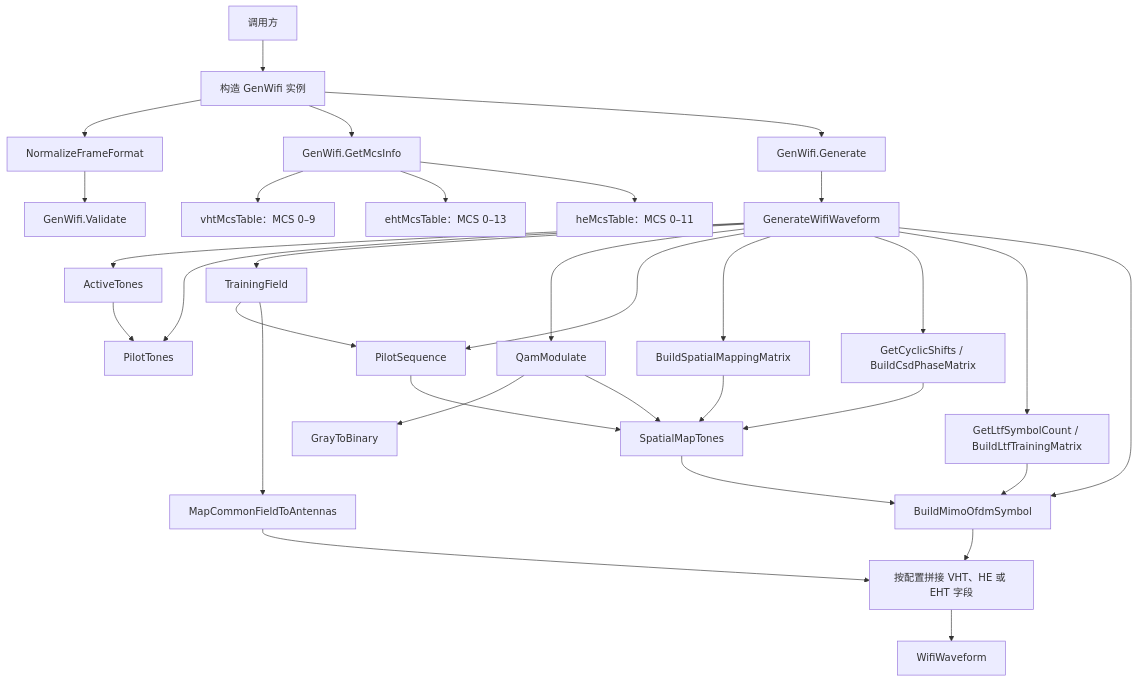
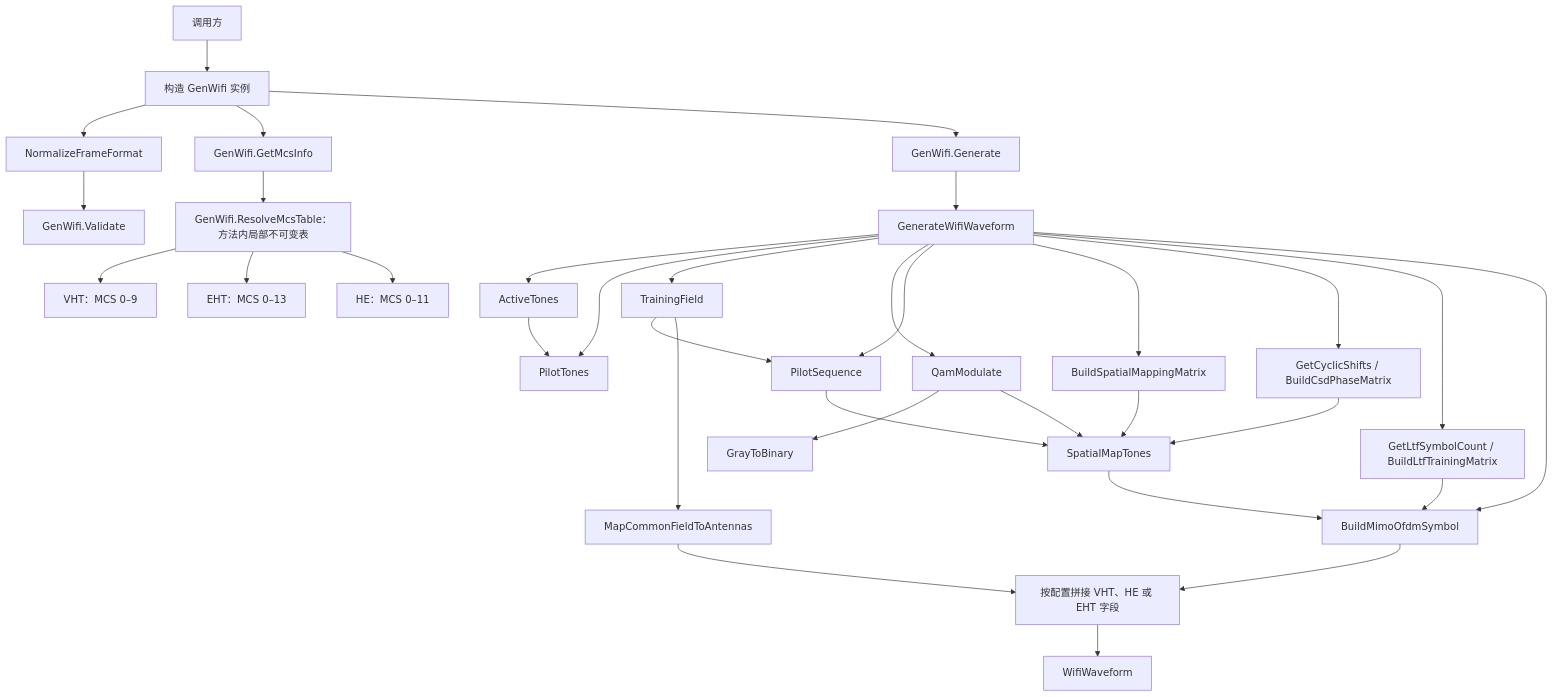
Before and after one commit to niyilu45/DPD_ILC: the second of 9 diagrams in README.md, drawn with Mermaid. The commit also changed other lines of this file and 15 other files, not shown here.

````diff
--- a/README.md
+++ b/README.md
@@ -118,36 +114,37 @@
 ```mermaid
 flowchart TD
     caller["调用方"] --> config["构造 GenWifi 实例"]
     config --> normalize["NormalizeFrameFormat"]
     normalize --> validate["GenWifi.Validate"]
     config --> mcs["GenWifi.GetMcsInfo"]
     config --> generate["GenWifi.Generate"]
-    mcs --> vhtTable["vhtMcsTable：MCS 0–9"]
-    mcs --> ehtTable["ehtMcsTable：MCS 0–13"]
-    mcs --> heTable["heMcsTable：MCS 0–11"]
+    mcs --> resolveMcs["GenWifi.ResolveMcsTable：方法内局部不可变表"]
+    resolveMcs --> vhtTable["VHT：MCS 0–9"]
+    resolveMcs --> ehtTable["EHT：MCS 0–13"]
+    resolveMcs --> heTable["HE：MCS 0–11"]
     generate --> privateGenerate["GenerateWifiWaveform"]
 
     privateGenerate --> active["ActiveTones"]
     privateGenerate --> pilots["PilotTones"]
     active --> pilots
     privateGenerate --> training["TrainingField"]
     privateGenerate --> qam["QamModulate"]
     privateGenerate --> pilotSequence["PilotSequence"]
     privateGenerate --> mapping["BuildSpatialMappingMatrix"]
     privateGenerate --> csd["GetCyclicShifts / BuildCsdPhaseMatrix"]
     privateGenerate --> ltf["GetLtfSymbolCount / BuildLtfTrainingMatrix"]
     privateGenerate --> mimoOfdm["BuildMimoOfdmSymbol"]
 
     qam --> gray["GrayToBinary"]
     training --> pilotSequence
     mapping --> spatialTones["SpatialMapTones"]
     csd --> spatialTones
     qam --> spatialTones
     pilotSequence --> spatialTones
     spatialTones --> mimoOfdm
     ltf --> mimoOfdm
     training --> common["MapCommonFieldToAntennas"]
     common --> packet["按配置拼接 VHT、HE 或 EHT 字段"]
     mimoOfdm --> packet
     packet --> waveform["WifiWaveform"]
 ```
````
